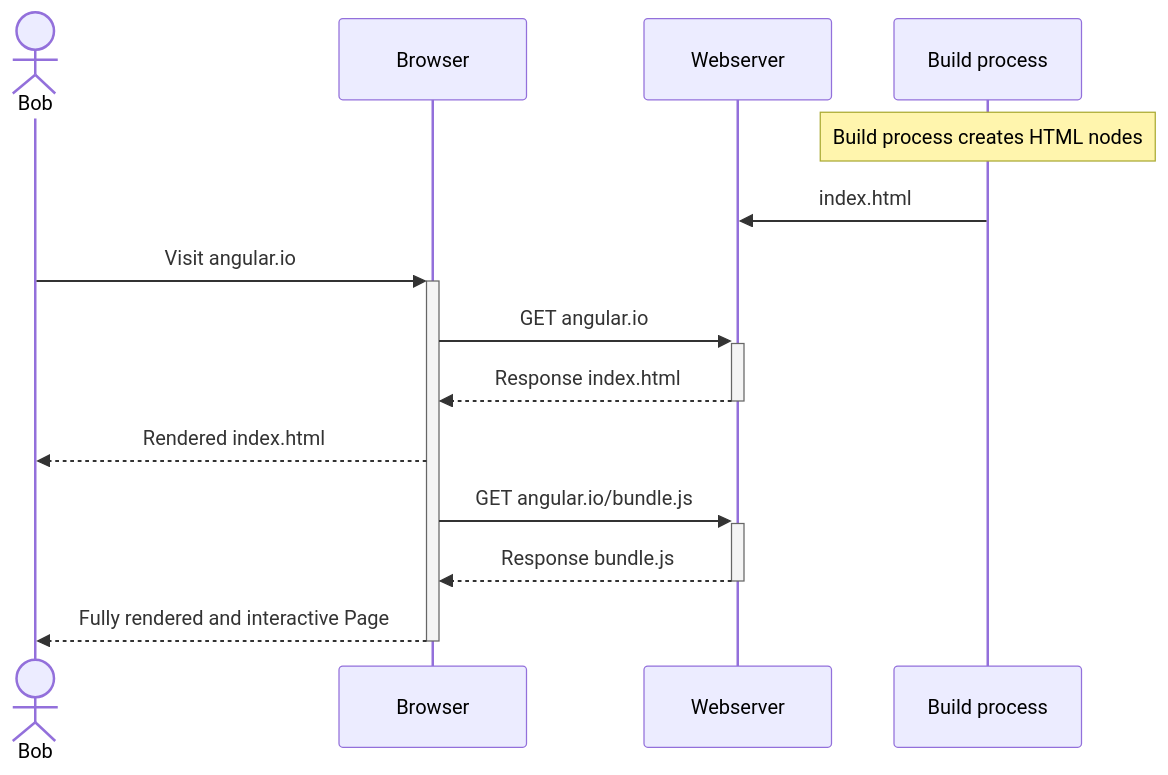
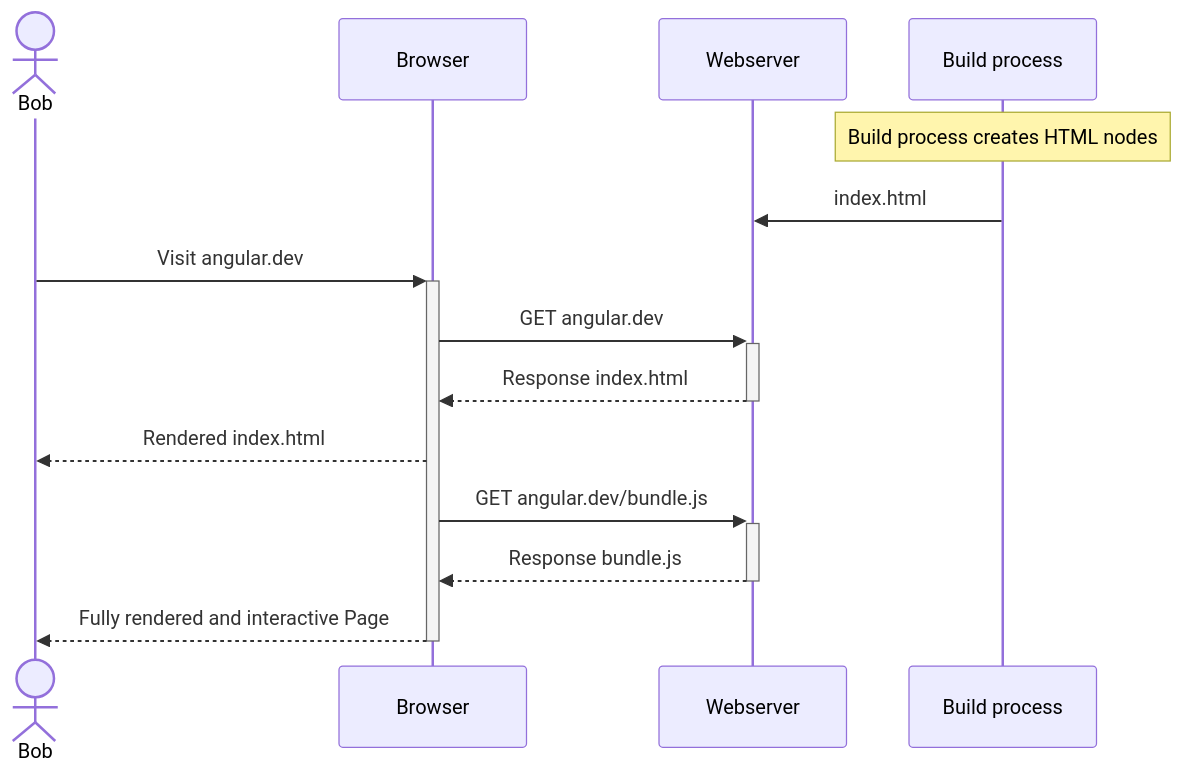
One commit to sonallux/angular-performance-talk changed the third of 3 diagrams in slides.md. Above: the diagram before and after it, drawn with Mermaid. The commit also changed other lines of this file and 2 other files, not shown here.

````diff
--- a/slides.md
+++ b/slides.md
@@ -292,16 +296,16 @@
 ```mermaid  {scale: 0.7, mirrorActors: false}
 sequenceDiagram
     actor Bob
     participant Browser
     participant Webserver
     participant Build as Build process
     Note over Build: Build process creates HTML nodes
     Build->>Webserver: index.html
-    Bob->>+Browser: Visit angular.io
-    Browser->>+Webserver: GET angular.io
+    Bob->>+Browser: Visit angular.dev
+    Browser->>+Webserver: GET angular.dev
     Webserver-->>-Browser: Response index.html
     Browser-->>Bob: Rendered index.html
-    Browser->>+Webserver: GET angular.io/bundle.js
+    Browser->>+Webserver: GET angular.dev/bundle.js
     Webserver-->>-Browser: Response bundle.js
     Browser-->>-Bob: Fully rendered and interactive Page
 ```
````
